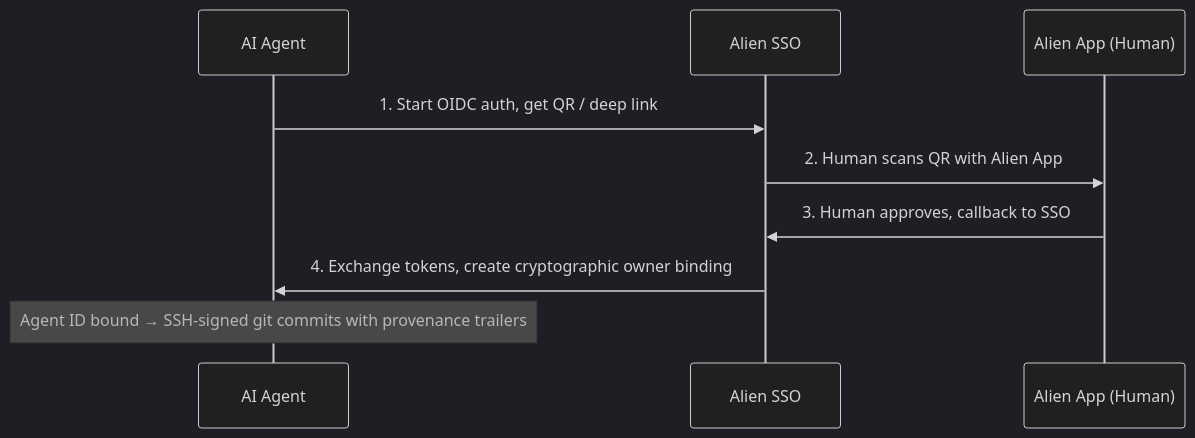
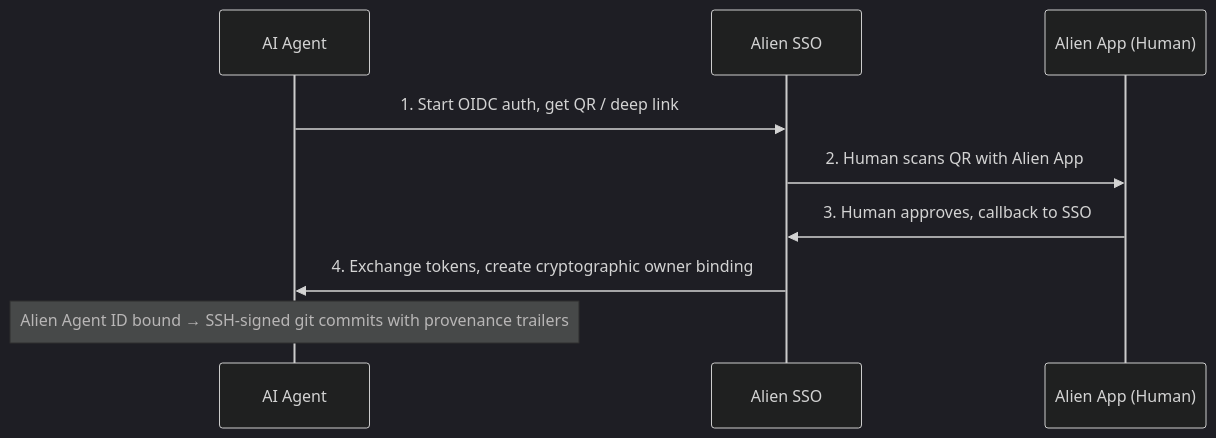
One commit to alien-id/agent-id changed the first of 2 diagrams in README.md. Above: the diagram before and after it, drawn with Mermaid (dark theme). The commit also changed other lines of this file and 5 other files, not shown here.

First line of the commit message:
docs: rename Agent ID to Alien Agent ID, update license to MIT

````diff
--- a/README.md
+++ b/README.md
@@ -28,12 +28,12 @@
 ```mermaid
 sequenceDiagram
     participant Agent as AI Agent
     participant SSO as Alien SSO
     participant App as Alien App (Human)
 
     Agent->>SSO: 1. Start OIDC auth, get QR / deep link
     SSO->>App: 2. Human scans QR with Alien App
     App->>SSO: 3. Human approves, callback to SSO
     SSO->>Agent: 4. Exchange tokens, create cryptographic owner binding
-    Note over Agent: Agent ID bound → SSH-signed git commits with provenance trailers
+    Note over Agent: Alien Agent ID bound → SSH-signed git commits with provenance trailers
 ```
````
